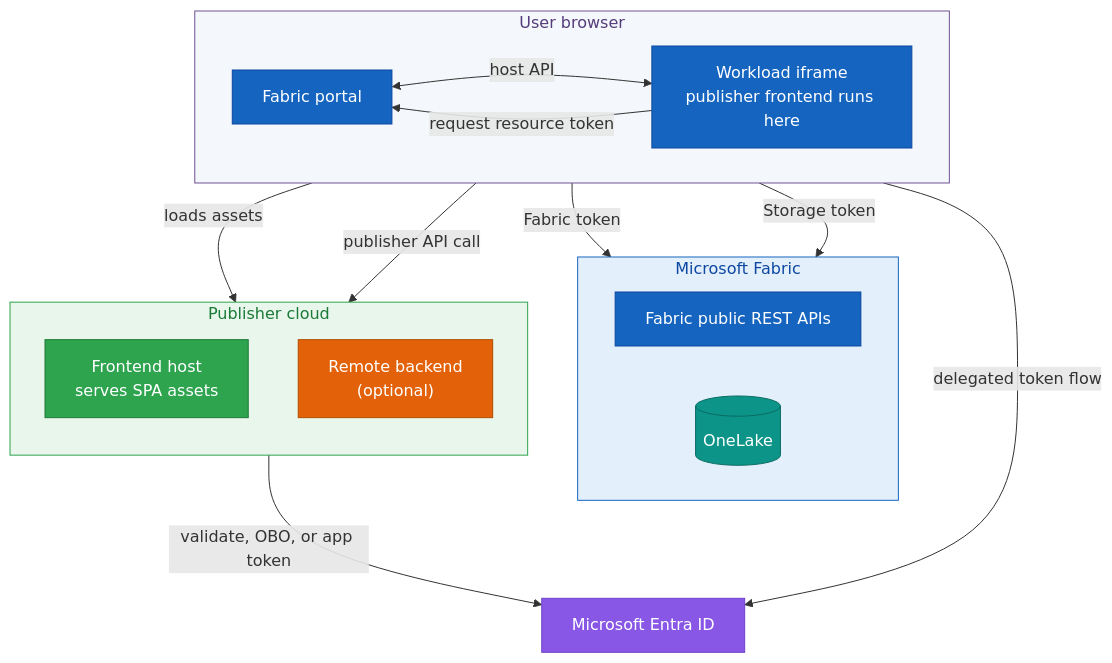
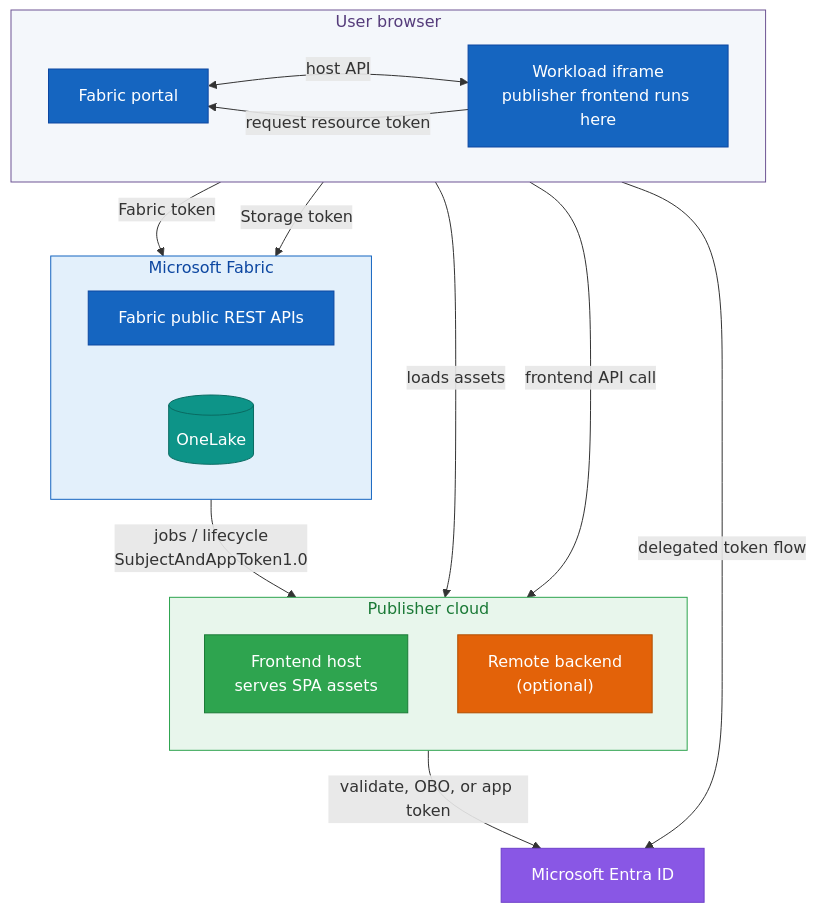
The third of 8 diagrams in Building Production-Ready Workloads for Microsoft Fabric - Outline.md (fredgis/BookWorkload), drawn with Mermaid before and after one commit. The commit also changed other lines of this file and 6 other files, not shown here.

````diff
--- a/Building Production-Ready Workloads for Microsoft Fabric - Outline.md
+++ b/Building Production-Ready Workloads for Microsoft Fabric - Outline.md
@@ -157,37 +163,38 @@
 ```mermaid
 flowchart TB
     subgraph BROWSER["User browser"]
         direction LR
         HOST["Fabric portal"]
         IFRAME["Workload iframe<br/>publisher frontend runs here"]
         HOST <-->|"host API"| IFRAME
     end
     subgraph FAB["Microsoft Fabric"]
         direction LR
         APIS["Fabric public REST APIs"]
         OL[("OneLake")]
     end
     subgraph CLOUD["Publisher cloud"]
         direction TB
         FE["Frontend host<br/>serves SPA assets"]
         BE["Remote backend<br/>(optional)"]
     end
     ENTRA["Microsoft Entra ID"]
     IFRAME -->|"loads assets"| FE
     IFRAME -->|"request resource token"| HOST
     HOST -->|"delegated token flow"| ENTRA
     IFRAME -->|"Fabric token"| APIS
     IFRAME -->|"Storage token"| OL
-    IFRAME -->|"publisher API call"| BE
+    IFRAME -->|"frontend API call"| BE
+    APIS -->|"jobs / lifecycle<br/>SubjectAndAppToken1.0"| BE
     BE -->|"validate, OBO, or app token"| ENTRA
     style BROWSER fill:#f4f7fb,stroke:#6e5494,color:#553c7b
     style FAB fill:#e3f0fb,stroke:#1565c0,color:#0d47a1
     style CLOUD fill:#e8f6ec,stroke:#2ea44f,color:#1b7a37
     style HOST fill:#1565c0,stroke:#0d47a1,color:#ffffff
     style IFRAME fill:#1565c0,stroke:#0d47a1,color:#ffffff
     style APIS fill:#1565c0,stroke:#0d47a1,color:#ffffff
     style OL fill:#0d9488,stroke:#0a6b62,color:#ffffff
     style FE fill:#2ea44f,stroke:#1b7a37,color:#ffffff
     style BE fill:#e36209,stroke:#b14e00,color:#ffffff
     style ENTRA fill:#8957e5,stroke:#6e40c9,color:#ffffff
 ```
````
